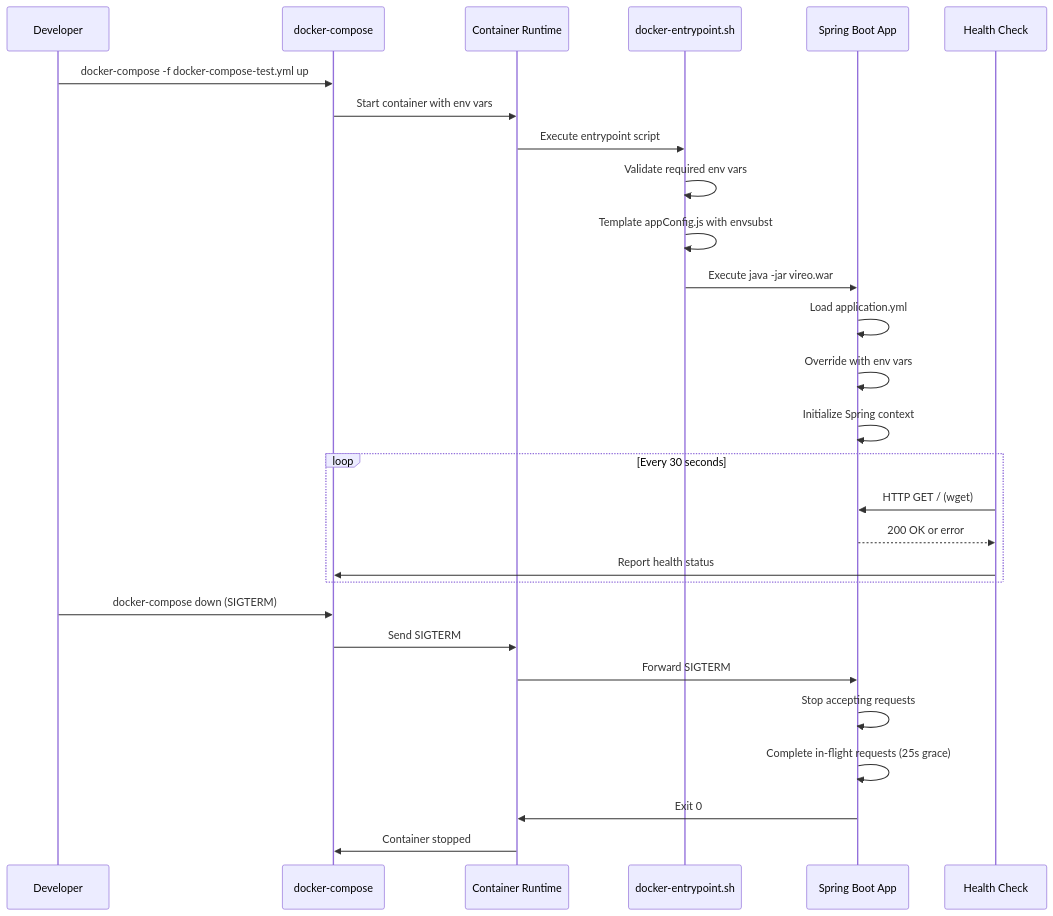
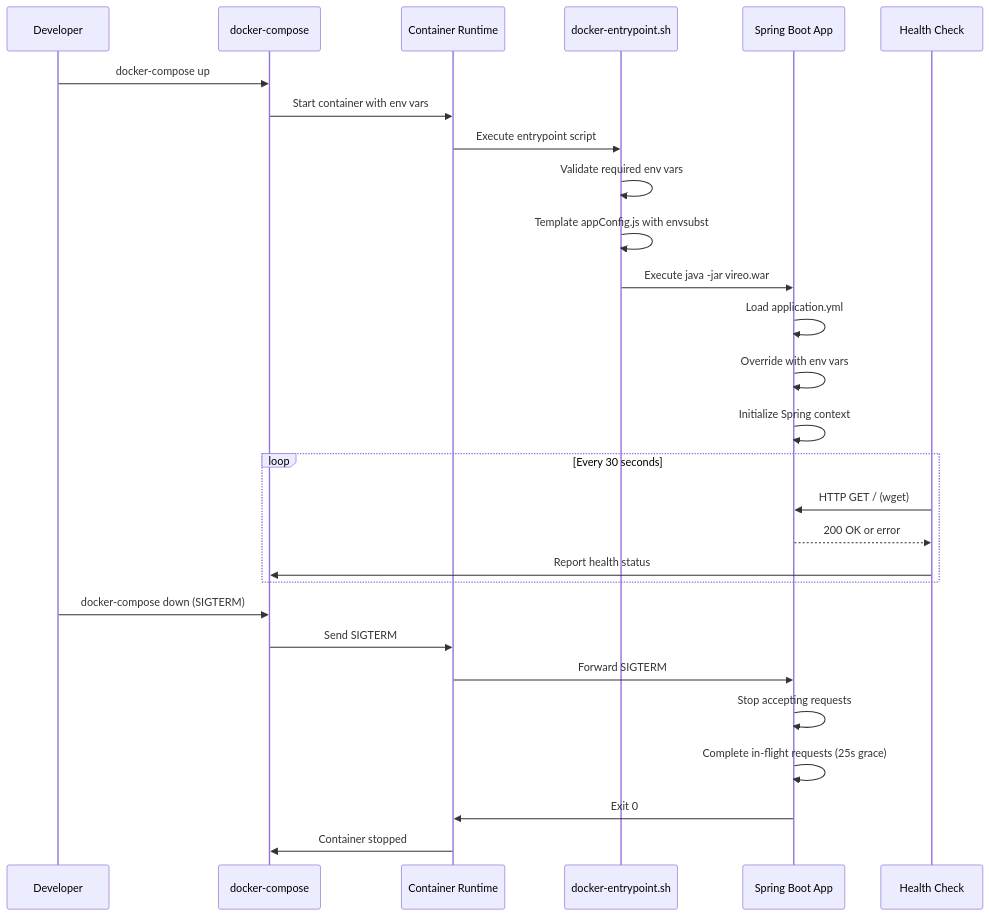
Before and after one commit to jhu-sheridan-libraries/Vireo: the second of 2 diagrams in .kiro/specs/jhu-docker-image/design.md, drawn with Mermaid. The commit also changed other lines of this file and 5 other files, not shown here.

Commit message:
Remove old docker compose and update spec

````diff
--- a/.kiro/specs/jhu-docker-image/design.md
+++ b/.kiro/specs/jhu-docker-image/design.md
@@ -55,33 +55,33 @@
 ```mermaid
 sequenceDiagram
     participant Dev as Developer
     participant Compose as docker-compose
     participant Container as Container Runtime
     participant Entrypoint as docker-entrypoint.sh
     participant App as Spring Boot App
     participant Health as Health Check
 
-    Dev->>Compose: docker-compose -f docker-compose-test.yml up
+    Dev->>Compose: docker-compose up
     Compose->>Container: Start container with env vars
     Container->>Entrypoint: Execute entrypoint script
     Entrypoint->>Entrypoint: Validate required env vars
     Entrypoint->>Entrypoint: Template appConfig.js with envsubst
     Entrypoint->>App: Execute java -jar vireo.war
     App->>App: Load application.yml
     App->>App: Override with env vars
     App->>App: Initialize Spring context
 
     loop Every 30 seconds
         Health->>App: HTTP GET / (wget)
         App-->>Health: 200 OK or error
         Health->>Compose: Report health status
     end
 
     Dev->>Compose: docker-compose down (SIGTERM)
     Compose->>Container: Send SIGTERM
     Container->>App: Forward SIGTERM
     App->>App: Stop accepting requests
     App->>App: Complete in-flight requests (25s grace)
     App->>Container: Exit 0
     Container->>Compose: Container stopped
 ```
````
